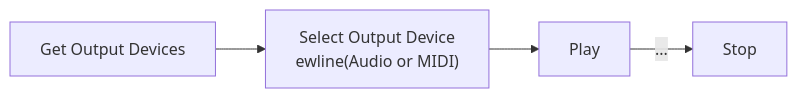
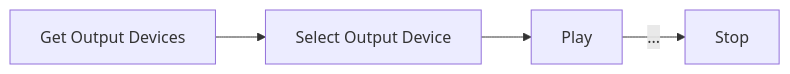
Before and after one commit to aidan-clyens/miniaudioengine: the fifth of 21 diagrams in docs/DESIGN_DOC.md, drawn with Mermaid. The commit also changed other lines of this file, not shown here.

````diff
--- a/docs/DESIGN_DOC.md
+++ b/docs/DESIGN_DOC.md
@@ -170,12 +178,12 @@
 ```mermaid
 flowchart LR
 
     Step1["Get Output Devices"]
-    Step2["Select Output Device\newline(Audio or MIDI)"]
+    Step2["Select Output Device"]
     Step3["Play"]
     Step4["Stop"]
 
     Step1 --> Step2
     Step2 --> Step3
     Step3 -->|...| Step4
 ```
````
